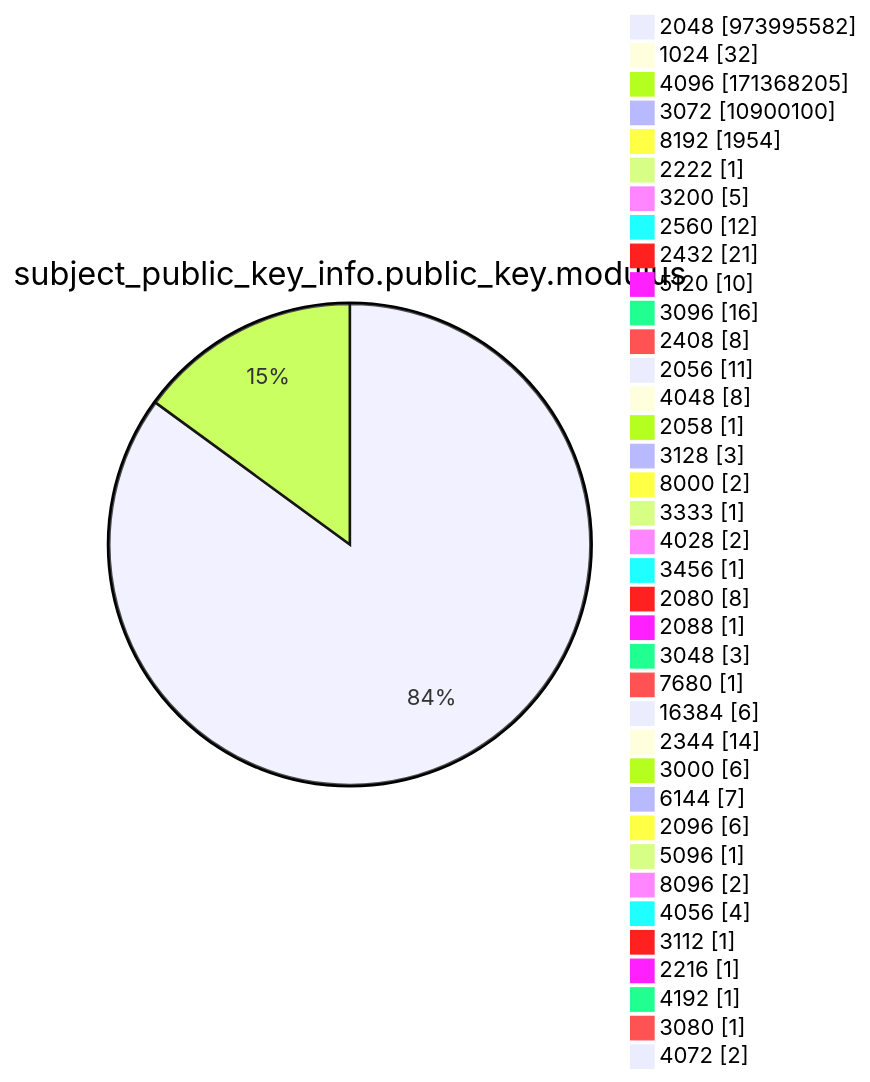
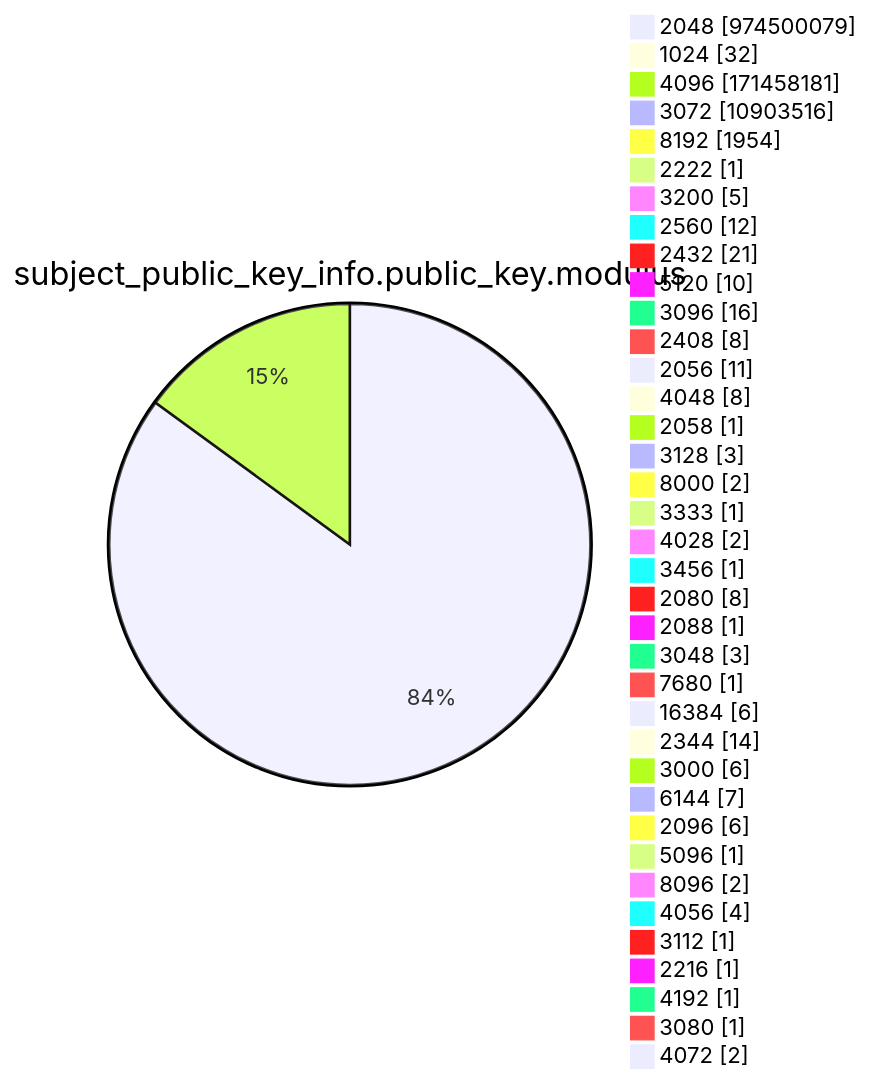
One commit to christiankrug/ctmonitor_visualization changed diagram 13 of 15 in argon2022/README.md. Above: the diagram before and after it, drawn with Mermaid. The commit also changed other lines of this file, not shown here.

````diff
--- a/argon2022/README.md
+++ b/argon2022/README.md
@@ -3587,41 +3587,41 @@
 ```mermaid
 pie showData
 title subject_public_key_info.public_key.modulus
-"2048" :973995582
+"2048" :974500079
 "1024" :32
-"4096" :171368205
-"3072" :10900100
+"4096" :171458181
+"3072" :10903516
 "8192" :1954
 "2222" :1
 "3200" :5
 "2560" :12
 "2432" :21
 "5120" :10
 "3096" :16
 "2408" :8
 "2056" :11
 "4048" :8
 "2058" :1
 "3128" :3
 "8000" :2
 "3333" :1
 "4028" :2
 "3456" :1
 "2080" :8
 "2088" :1
 "3048" :3
 "7680" :1
 "16384" :6
 "2344" :14
 "3000" :6
 "6144" :7
 "2096" :6
 "5096" :1
 "8096" :2
 "4056" :4
 "3112" :1
 "2216" :1
 "4192" :1
 "3080" :1
 "4072" :2
 ```
````
